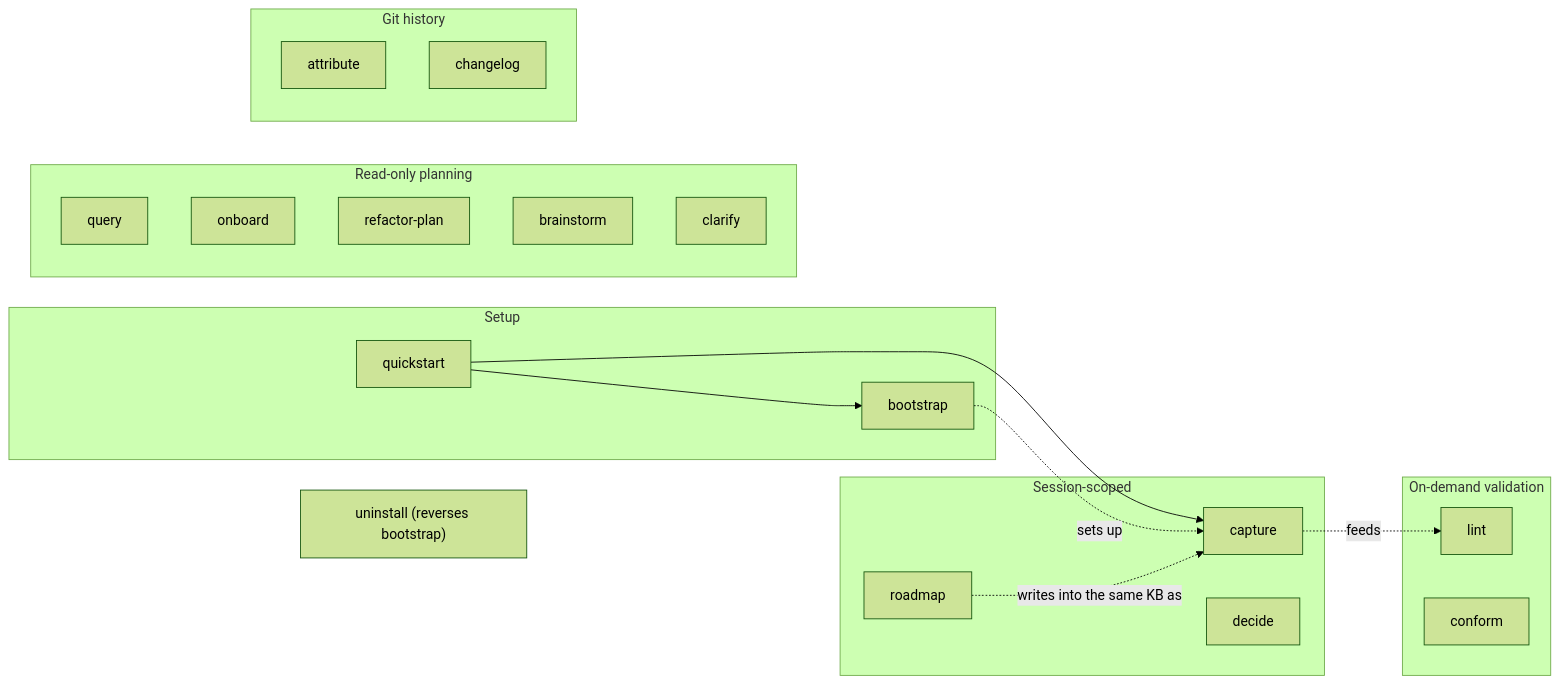
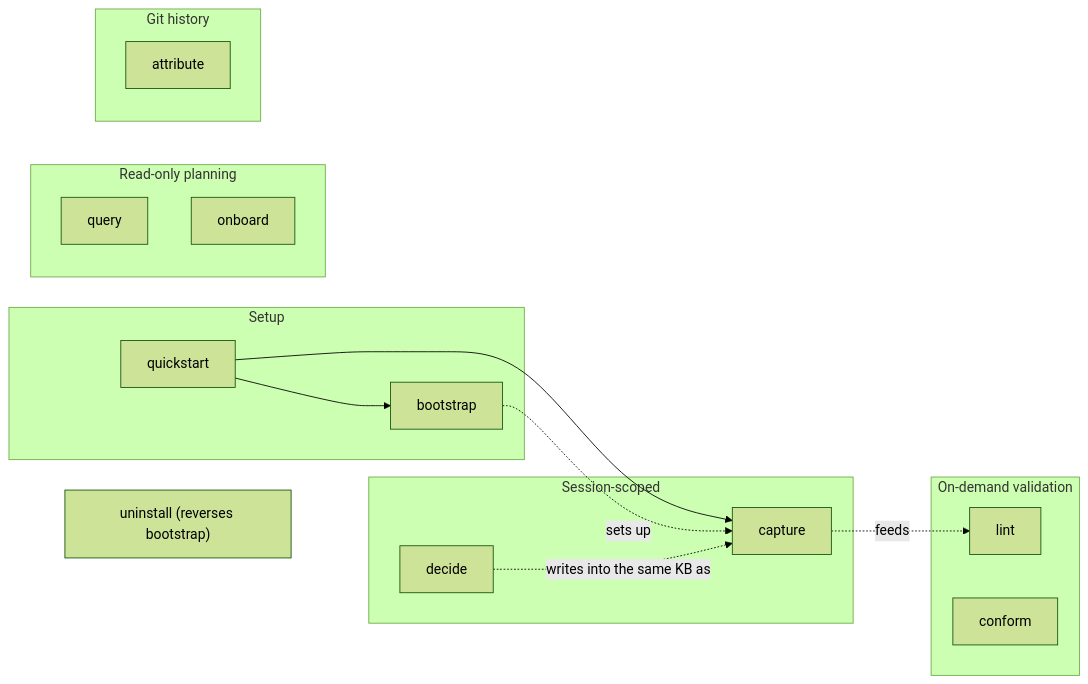
One commit to vivantel/kms changed the fourth of 4 diagrams in ARCHITECTURE.md. Above: the diagram before and after it, drawn with Mermaid (forest theme). The commit also changed other lines of this file and 45 other files, not shown here.

First line of the commit message:
feat!: remove roadmap, brainstorm, clarify, refactor-plan and changelog (0.17.0)

````diff
--- a/ARCHITECTURE.md
+++ b/ARCHITECTURE.md
@@ -150,34 +150,29 @@
 ```mermaid
 flowchart LR
     subgraph Setup
         bootstrap
         quickstart
     end
     subgraph "Session-scoped"
         capture
-        roadmap
         decide
     end
     subgraph "On-demand validation"
         lint
         conform
     end
     subgraph "Read-only planning"
         query
         onboard
-        refactor-plan
-        brainstorm
-        clarify
     end
     subgraph "Git history"
         attribute
-        changelog
     end
     uninstall["uninstall (reverses bootstrap)"]
 
     quickstart --> bootstrap
     quickstart --> capture
     bootstrap -.->|sets up| capture
     capture -.->|feeds| lint
-    roadmap -.->|writes into the same KB as| capture
+    decide -.->|writes into the same KB as| capture
 ```
````
